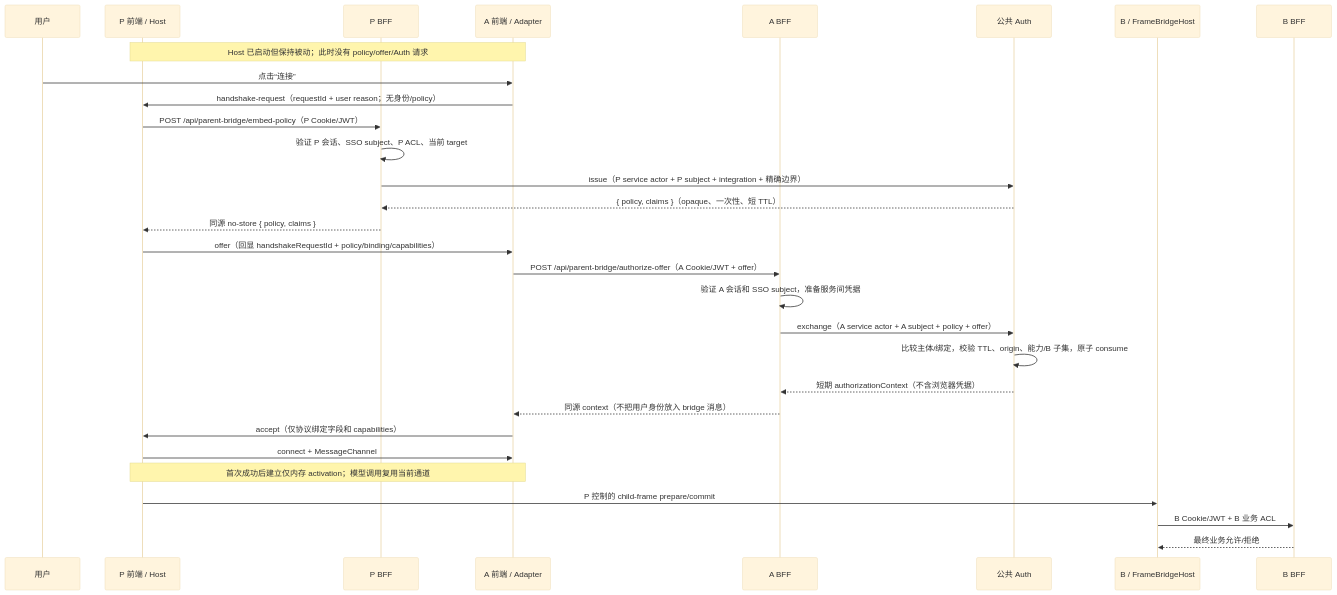
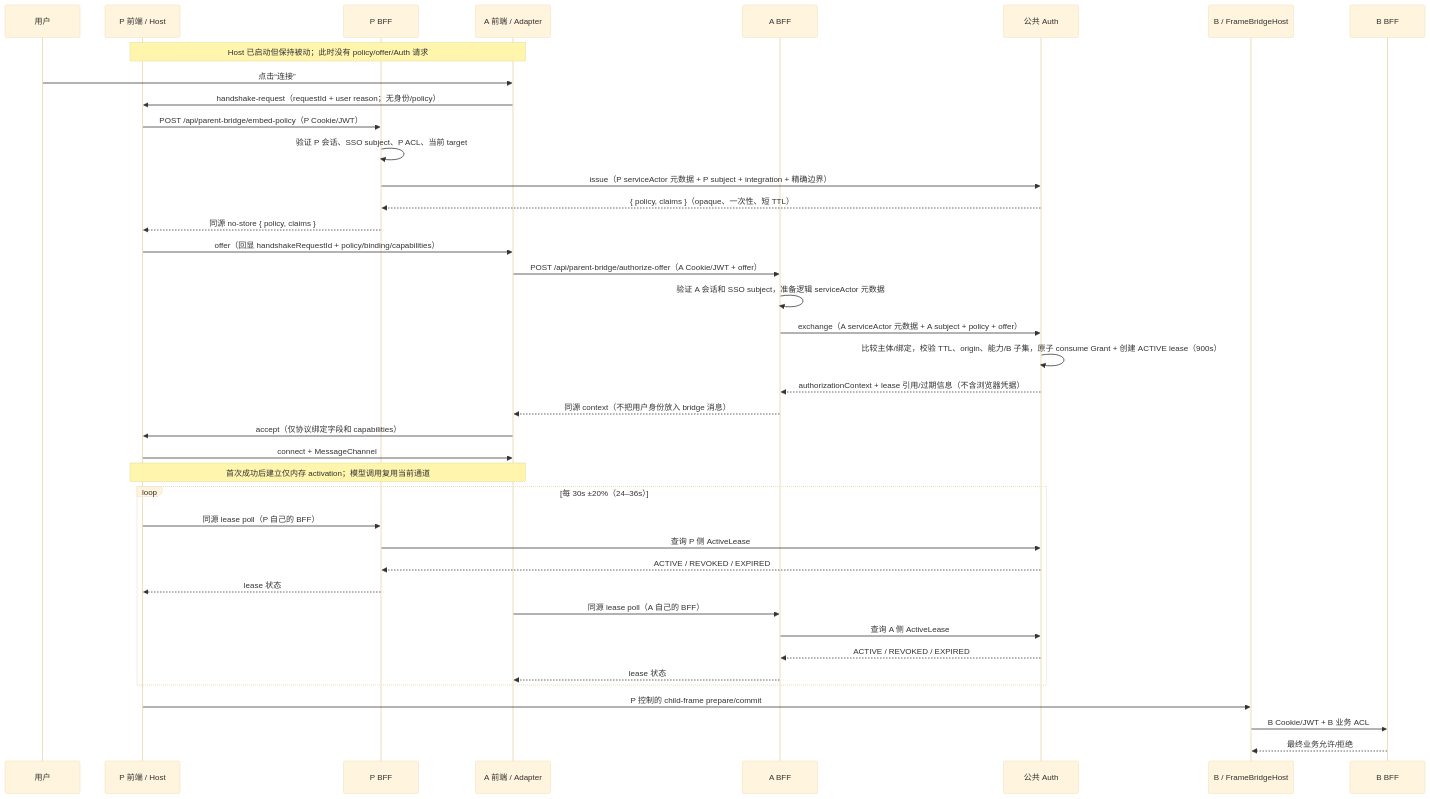
The second of 2 diagrams in docs/parent-bridge-auth-architecture.zh-CN.md (JohnParken/page-agent), drawn with Mermaid (base theme) before and after one commit. The commit also changed other lines of this file and 10 other files, not shown here.

````diff
--- a/docs/parent-bridge-auth-architecture.zh-CN.md
+++ b/docs/parent-bridge-auth-architecture.zh-CN.md
@@ -120,33 +134,43 @@
 ```mermaid
 sequenceDiagram
 	participant U as 用户
     participant P as P 前端 / Host
     participant PB as P BFF
     participant A as A 前端 / Adapter
     participant AB as A BFF
     participant X as 公共 Auth
     participant B as B / FrameBridgeHost
     participant BB as B BFF
 
     Note over P,A: Host 已启动但保持被动；此时没有 policy/offer/Auth 请求
     U->>A: 点击“连接”
     A->>P: handshake-request（requestId + user reason；无身份/policy）
     P->>PB: POST /api/parent-bridge/embed-policy（P Cookie/JWT）
     PB->>PB: 验证 P 会话、SSO subject、P ACL、当前 target
-    PB->>X: issue（P service actor + P subject + integration + 精确边界）
+    PB->>X: issue（P serviceActor 元数据 + P subject + integration + 精确边界）
     X-->>PB: { policy, claims }（opaque、一次性、短 TTL）
     PB-->>P: 同源 no-store { policy, claims }
     P->>A: offer（回显 handshakeRequestId + policy/binding/capabilities）
     A->>AB: POST /api/parent-bridge/authorize-offer（A Cookie/JWT + offer）
-    AB->>AB: 验证 A 会话和 SSO subject，准备服务间凭据
-    AB->>X: exchange（A service actor + A subject + policy + offer）
-    X->>X: 比较主体/绑定，校验 TTL、origin、能力/B 子集，原子 consume
-    X-->>AB: 短期 authorizationContext（不含浏览器凭据）
+    AB->>AB: 验证 A 会话和 SSO subject，准备逻辑 serviceActor 元数据
+    AB->>X: exchange（A serviceActor 元数据 + A subject + policy + offer）
+    X->>X: 比较主体/绑定，校验 TTL、origin、能力/B 子集，原子 consume Grant + 创建 ACTIVE lease（900s）
+    X-->>AB: authorizationContext + lease 引用/过期信息（不含浏览器凭据）
     AB-->>A: 同源 context（不把用户身份放入 bridge 消息）
     A->>P: accept（仅协议绑定字段和 capabilities）
     P->>A: connect + MessageChannel
     Note over P,A: 首次成功后建立仅内存 activation；模型调用复用当前通道
+    loop 每 30s ±20%（24–36s）
+        P->>PB: 同源 lease poll（P 自己的 BFF）
+        PB->>X: 查询 P 侧 ActiveLease
+        X-->>PB: ACTIVE / REVOKED / EXPIRED
+        PB-->>P: lease 状态
+        A->>AB: 同源 lease poll（A 自己的 BFF）
+        AB->>X: 查询 A 侧 ActiveLease
+        X-->>AB: ACTIVE / REVOKED / EXPIRED
+        AB-->>A: lease 状态
+    end
     P->>B: P 控制的 child-frame prepare/commit
     B->>BB: B Cookie/JWT + B 业务 ACL
     BB-->>B: 最终业务允许/拒绝
 ```
````
